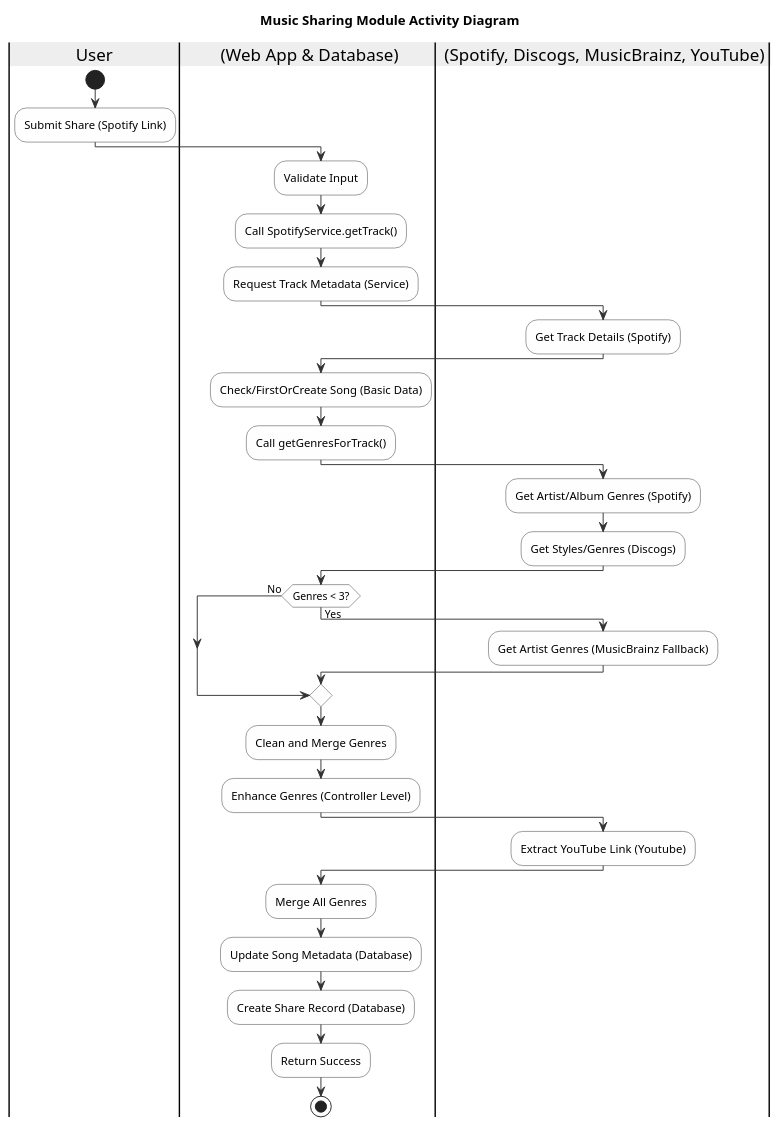
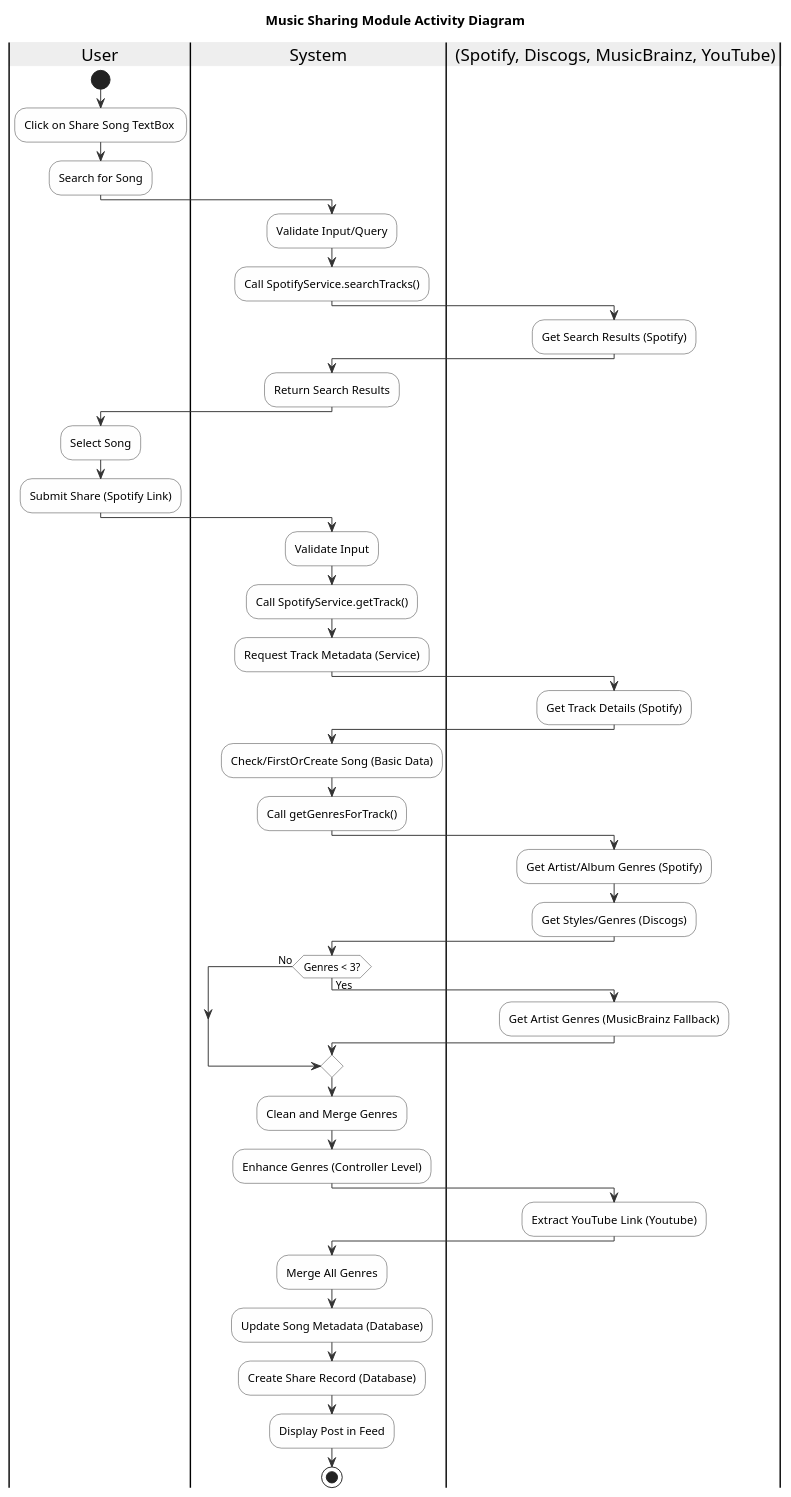
The diagram in activity_diagram_sharing.plantuml (HeinreichMorphine/musicsocial), drawn with PlantUML before and after one commit. The commit also changed 123 other files, not shown here.

```diff
--- a/activity_diagram_sharing.plantuml
+++ b/activity_diagram_sharing.plantuml
@@ -1,45 +1,57 @@
 @startuml
 title Music Sharing Module Activity Diagram
 skinparam swimlaneBorderColor black
 skinparam swimlaneTitleBackgroundColor #EEE
 skinparam activityBackgroundColor #FEFEFE
 skinparam activityArrowColor #333
 skinparam activityBorderColor #333
 
 |User|
-|System| (Web App & Database)
+|System| 
 |External_API| (Spotify, Discogs, MusicBrainz, YouTube)
 
 |User|
 start
+:Click on Share Song TextBox ;
+|User|
+:Search for Song;
+|System|
+:Validate Input/Query;
+:Call SpotifyService.searchTracks();
+|External_API|
+:Get Search Results (Spotify);
+|System|
+:Return Search Results;
+|User|
+:Select Song;
 :Submit Share (Spotify Link);
 |System|
 :Validate Input;
 :Call SpotifyService.getTrack();
 :Request Track Metadata (Service);
 |External_API|
 :Get Track Details (Spotify);
 |System|
 :Check/FirstOrCreate Song (Basic Data);
 :Call getGenresForTrack();
 |External_API|
 :Get Artist/Album Genres (Spotify);
 :Get Styles/Genres (Discogs);
 |System|
 if (Genres < 3?) then (Yes)
     |External_API|
     :Get Artist Genres (MusicBrainz Fallback);
 else (No)
 endif
 |System|
 :Clean and Merge Genres;
 :Enhance Genres (Controller Level);
 |External_API|
 :Extract YouTube Link (Youtube);
 |System|
 :Merge All Genres;
 :Update Song Metadata (Database);
 :Create Share Record (Database);
-:Return Success;
+:Display Post in Feed;
 stop
 @enduml
```
